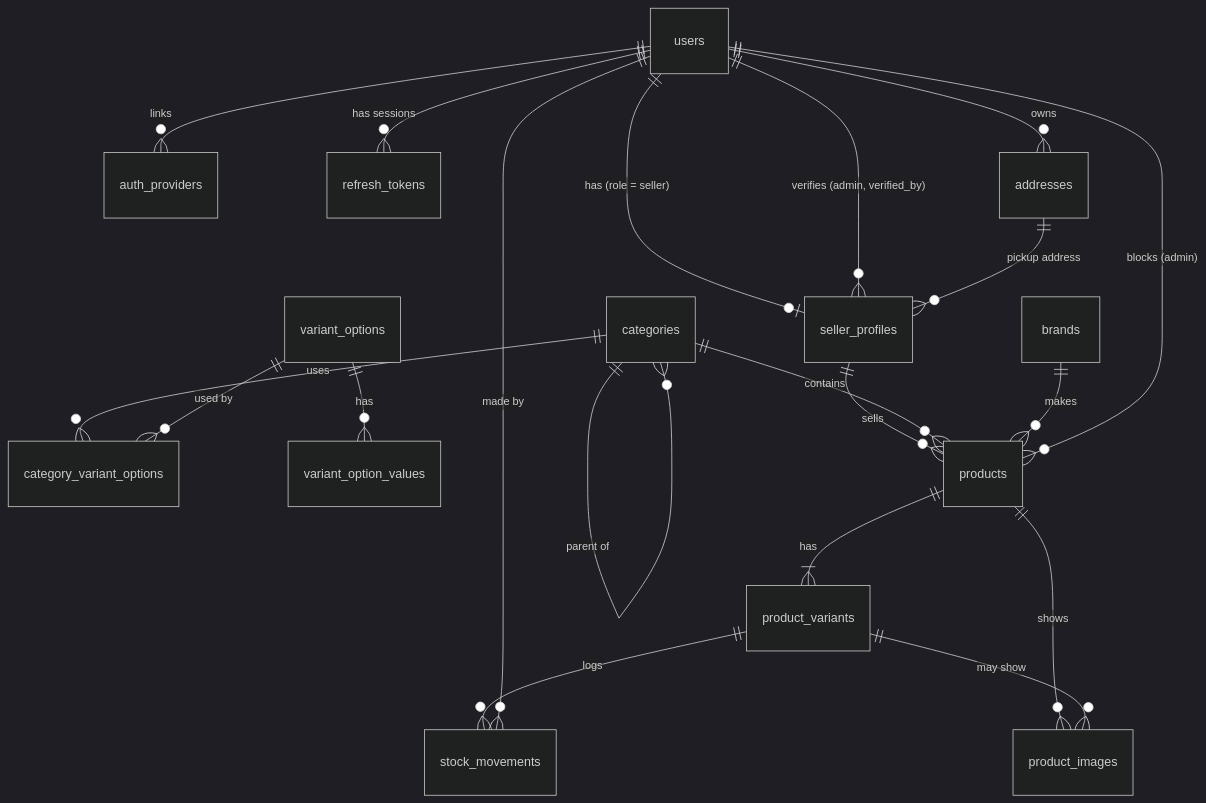
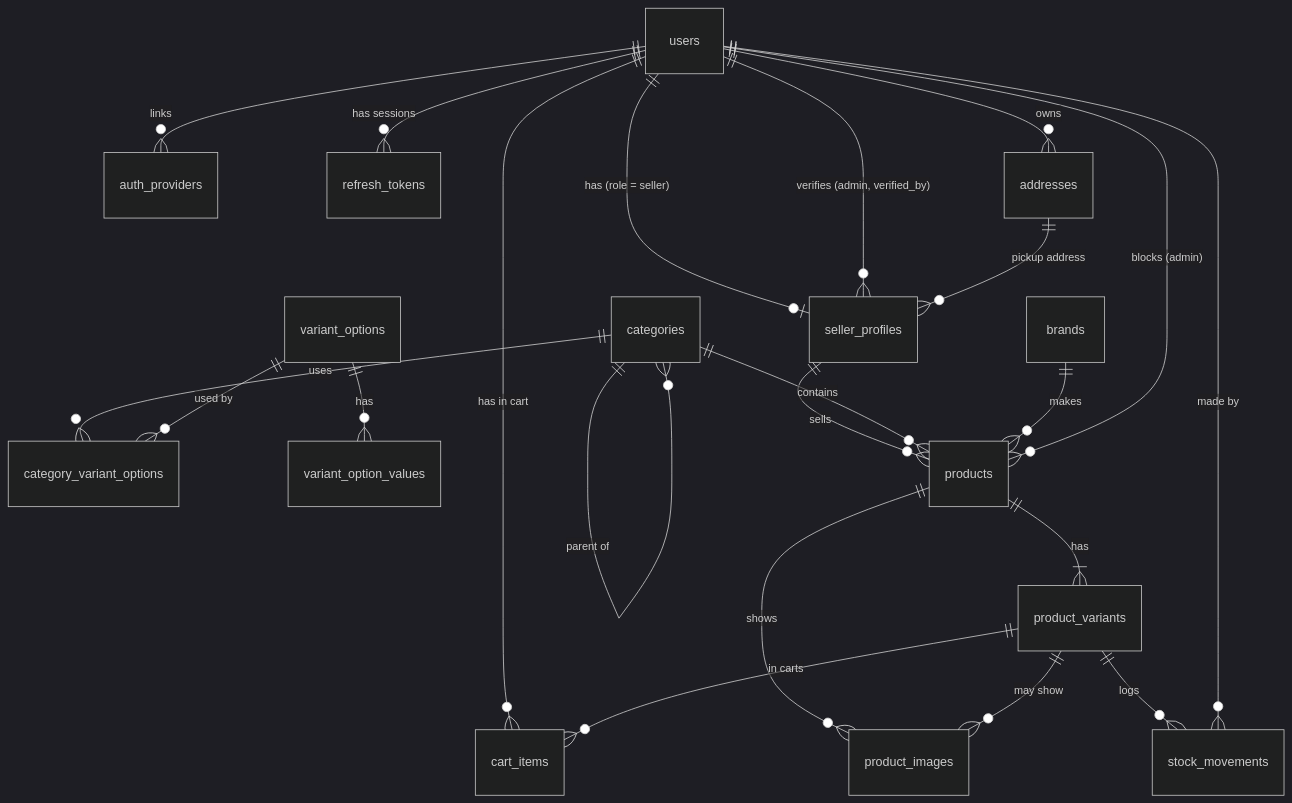
Before and after one commit to Bhupesh2sharma/AiEnabled-Ecommerce-Backend: the diagram in docs/DATABASE.md, drawn with Mermaid (dark theme). The commit also changed other lines of this file and 2 other files, not shown here.

Commit message:
Add cart items table

````diff
--- a/docs/DATABASE.md
+++ b/docs/DATABASE.md
@@ -24,22 +25,24 @@
 ```mermaid
 erDiagram
     users ||--o{ auth_providers : "links"
     users ||--o{ refresh_tokens : "has sessions"
     users ||--o{ addresses : "owns"
     users ||--o| seller_profiles : "has (role = seller)"
     users ||--o{ seller_profiles : "verifies (admin, verified_by)"
     addresses ||--o{ seller_profiles : "pickup address"
     categories ||--o{ categories : "parent of"
     categories ||--o{ category_variant_options : "uses"
     variant_options ||--o{ category_variant_options : "used by"
     variant_options ||--o{ variant_option_values : "has"
     seller_profiles ||--o{ products : "sells"
     categories ||--o{ products : "contains"
     brands ||--o{ products : "makes"
     users ||--o{ products : "blocks (admin)"
     products ||--|{ product_variants : "has"
     products ||--o{ product_images : "shows"
     product_variants ||--o{ product_images : "may show"
     product_variants ||--o{ stock_movements : "logs"
     users ||--o{ stock_movements : "made by"
+    users ||--o{ cart_items : "has in cart"
+    product_variants ||--o{ cart_items : "in carts"
 ```
````
